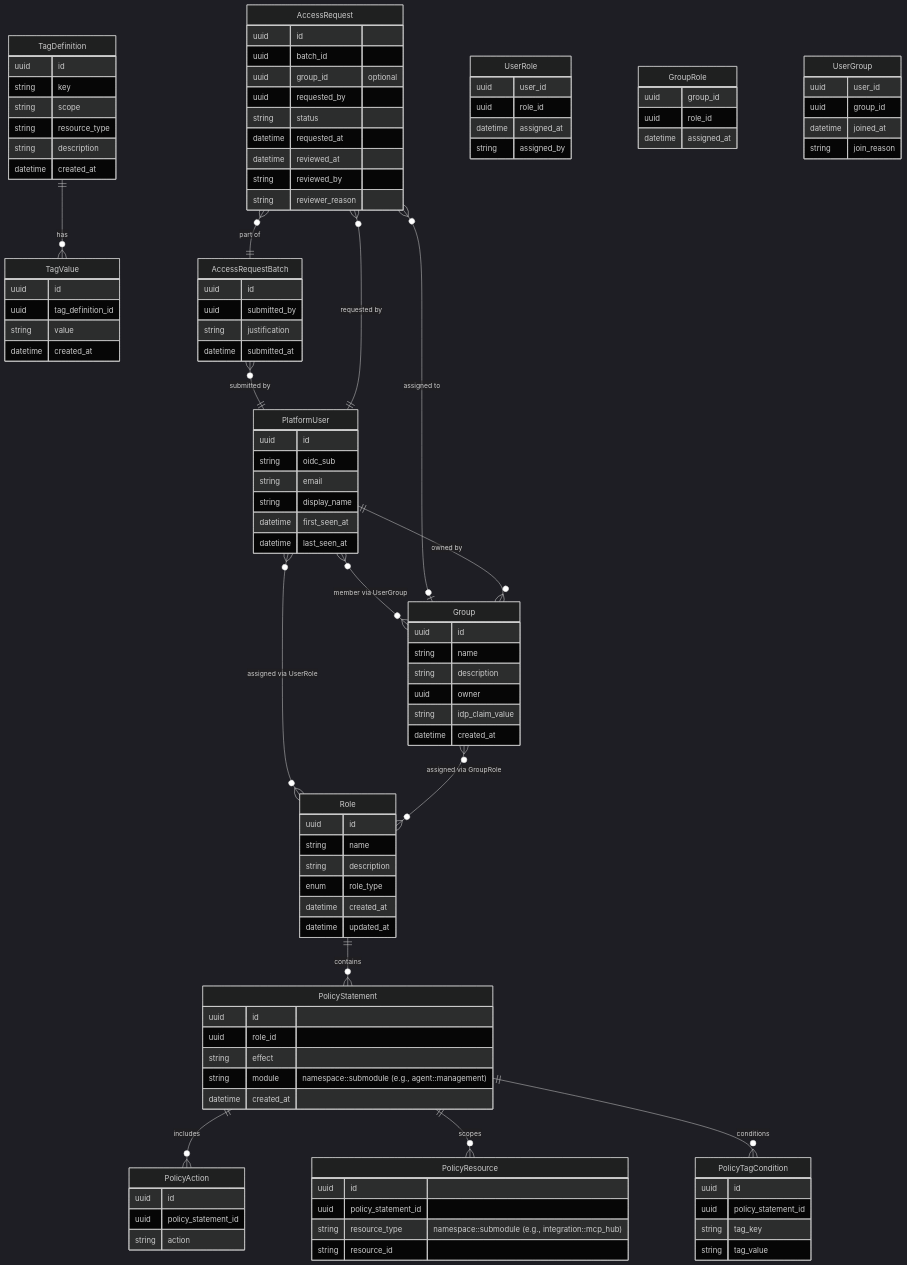
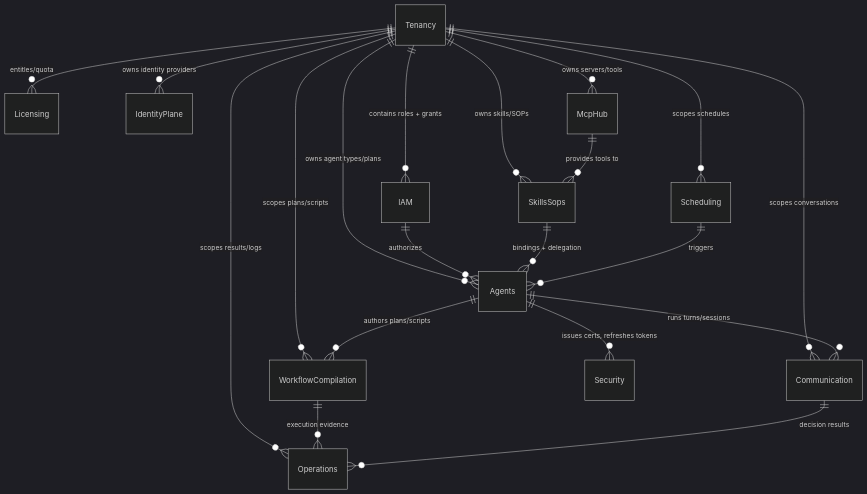
Before and after one commit to hurungang/parthenon: the diagram in docs/master/data-model/overview.md, drawn with Mermaid (dark theme). The commit also changed other lines of this file and 414 other files, not shown here.

````diff
--- a/docs/master/data-model/overview.md
+++ b/docs/master/data-model/overview.md
@@ -240,113 +18,22 @@
 ```mermaid
 erDiagram
-    TagDefinition ||--o{ TagValue : "has"
-    Role ||--o{ PolicyStatement : "contains"
-    PolicyStatement ||--o{ PolicyAction : "includes"
-    PolicyStatement ||--o{ PolicyResource : "scopes"
-    PolicyStatement ||--o{ PolicyTagCondition : "conditions"
-    PlatformUser }o--o{ Role : "assigned via UserRole"
-    PlatformUser }o--o{ Group : "member via UserGroup"
-    Group }o--o{ Role : "assigned via GroupRole"
-    Group }o--|| PlatformUser : "owned by"
-    AccessRequestBatch }o--|| PlatformUser : "submitted by"
-    AccessRequest }o--|| AccessRequestBatch : "part of"
-    AccessRequest }o--o| Group : "assigned to"
-    AccessRequest }o--|| PlatformUser : "requested by"
-
-    TagDefinition {
-        uuid id
-        string key
-        string scope
-        string resource_type
-        string description
-        datetime created_at
-    }
-    TagValue {
-        uuid id
-        uuid tag_definition_id
-        string value
-        datetime created_at
-    }
-    Role {
-        uuid id
-        string name
-        string description
-        enum role_type
-        datetime created_at
-        datetime updated_at
-    }
-    PolicyStatement {
-        uuid id
-        uuid role_id
-        string effect
-        string module "namespace::submodule (e.g., agent::management)"
-        datetime created_at
-    }
-    PolicyAction {
-        uuid id
-        uuid policy_statement_id
-        string action
-    }
-    PolicyResource {
-        uuid id
-        uuid policy_statement_id
-        string resource_type "namespace::submodule (e.g., integration::mcp_hub)"
-        string resource_id
-    }
-    PolicyTagCondition {
-        uuid id
-        uuid policy_statement_id
-        string tag_key
-        string tag_value
-    }
-    PlatformUser {
-        uuid id
-        string oidc_sub
-        string email
-        string display_name
-        datetime first_seen_at
-        datetime last_seen_at
-    }
-    UserRole {
-        uuid user_id
-        uuid role_id
-        datetime assigned_at
-        string assigned_by
-    }
-    Group {
-        uuid id
-        string name
-        string description
-        uuid owner
-        string idp_claim_value
-        datetime created_at
-    }
-    GroupRole {
-        uuid group_id
-        uuid role_id
-        datetime assigned_at
-    }
-    UserGroup {
-        uuid user_id
-        uuid group_id
-        datetime joined_at
-        string join_reason
-    }
-    AccessRequestBatch {
-        uuid id
-        uuid submitted_by
-        string justification
-        datetime submitted_at
-    }
-    AccessRequest {
-        uuid id
-        uuid batch_id
-        uuid group_id "optional"
-        uuid requested_by
-        string status
-        datetime requested_at
-        datetime reviewed_at
-        string reviewed_by
-        string reviewer_reason
-    }
+    Tenancy ||--o{ Licensing : "entitles/quota"
+    Tenancy ||--o{ IdentityPlane : "owns identity providers"
+    Tenancy ||--o{ IAM : "contains roles + grants"
+    Tenancy ||--o{ McpHub : "owns servers/tools"
+    Tenancy ||--o{ SkillsSops : "owns skills/SOPs"
+    Tenancy ||--o{ Agents : "owns agent types/plans"
+    Tenancy ||--o{ Communication : "scopes conversations"
+    Tenancy ||--o{ WorkflowCompilation : "scopes plans/scripts"
+    Tenancy ||--o{ Operations : "scopes results/logs"
+    Tenancy ||--o{ Scheduling : "scopes schedules"
+    IAM ||--o{ Agents : "authorizes"
+    McpHub ||--o{ SkillsSops : "provides tools to"
+    SkillsSops ||--o{ Agents : "bindings + delegation"
+    Agents ||--o{ Communication : "runs turns/sessions"
+    Agents ||--o{ WorkflowCompilation : "authors plans/scripts"
+    Agents ||--o{ Security : "issues certs, refreshes tokens"
+    WorkflowCompilation ||--o{ Operations : "execution evidence"
+    Communication ||--o{ Operations : "decision results"
+    Scheduling ||--o{ Agents : "triggers"
 ```
````
